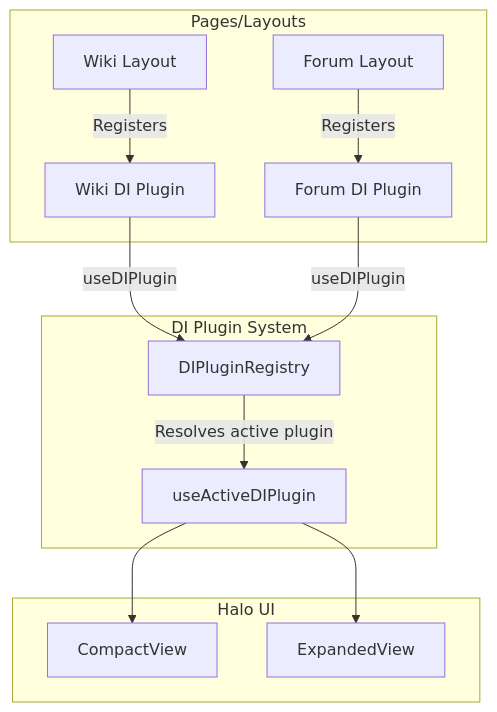
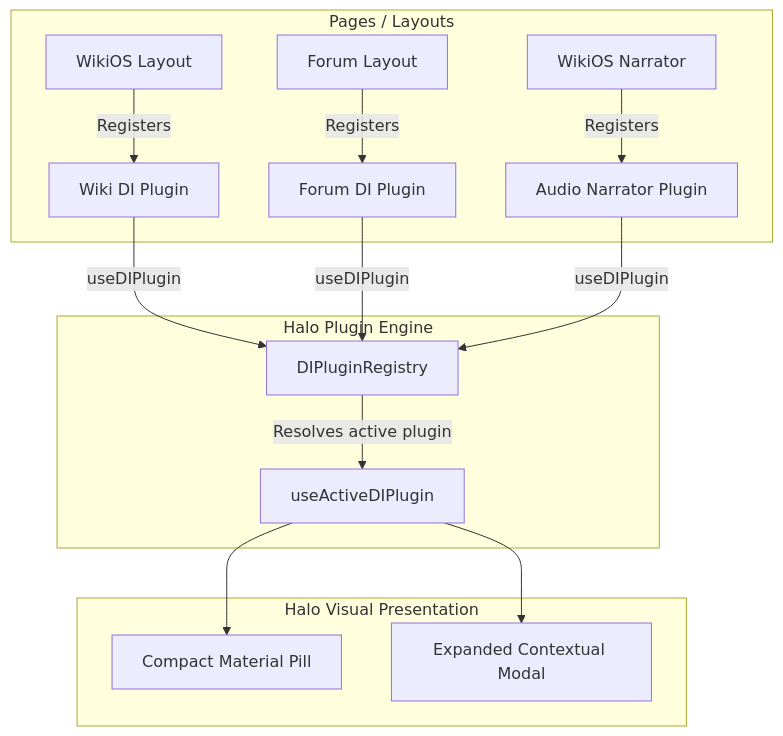
The diagram in docs/systems/dynamic-island.md (algolds/ixstats), drawn with Mermaid before and after one commit. The commit also changed other lines of this file and 71 other files, not shown here.

````diff
--- a/docs/systems/dynamic-island.md
+++ b/docs/systems/dynamic-island.md
@@ -15,18 +17,18 @@
 ```mermaid
 graph TD
-    subgraph Pages/Layouts
-        LayoutA[Wiki Layout] -- Registers --> PluginA[Wiki DI Plugin]
-        LayoutB[Forum Layout] -- Registers --> PluginB[Forum DI Plugin]
+    subgraph Pages / Layouts
+        Wiki[WikiOS Layout] -- Registers --> PluginW[Wiki DI Plugin]
+        Forum[Forum Layout] -- Registers --> PluginF[Forum DI Plugin]
+        Narrator[WikiOS Narrator] -- Registers --> PluginN[Audio Narrator Plugin]
     end
 
-    subgraph DI Plugin System
-        PluginA -- useDIPlugin --> Registry[DIPluginRegistry]
-        PluginB -- useDIPlugin --> Registry
-        Registry -- Resolves active plugin --> ActiveHook[useActiveDIPlugin]
+    subgraph Halo Plugin Engine
+        PluginW & PluginF & PluginN -- useDIPlugin --> Registry[DIPluginRegistry]
+        Registry -- Resolves active plugin --> Hook[useActiveDIPlugin]
     end
 
-    subgraph Halo UI
-        ActiveHook --> CompactView[CompactView]
-        ActiveHook --> ExpandedView[ExpandedView]
+    subgraph Halo Visual Presentation
+        Hook --> CompactPill[Compact Material Pill]
+        Hook --> ExpandedModal[Expanded Contextual Modal]
     end
 ```
````
